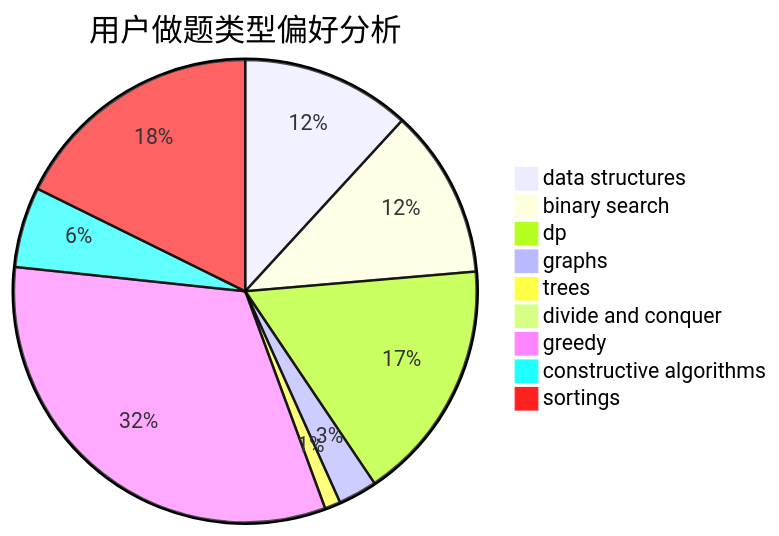
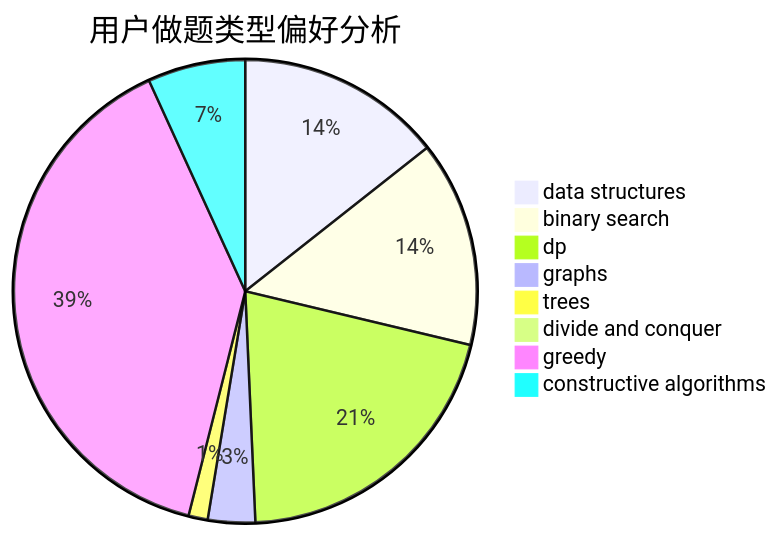
Before and after one commit to sherpahu/cfrs.github.io: the second of 3 diagrams in docs/user/u2184.md, drawn with Mermaid. The commit also changed other lines of this file and 2769 other files, not shown here.

````diff
--- a/docs/user/u2184.md
+++ b/docs/user/u2184.md
@@ -18,12 +18,11 @@
 ```mermaid
 pie title 用户做题类型偏好分析
     "data structures" :  257
     "binary search" :  257
     "dp" :  368
     "graphs" :  59
     "trees" :  24
     "divide and conquer" :  5
     "greedy" :  702
     "constructive algorithms" :  122
-    "sortings" :  385
 ```
````
